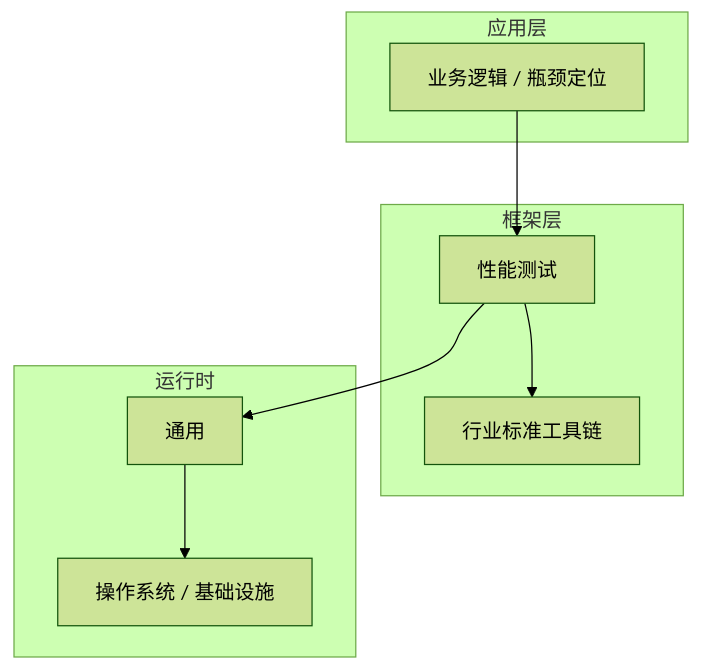
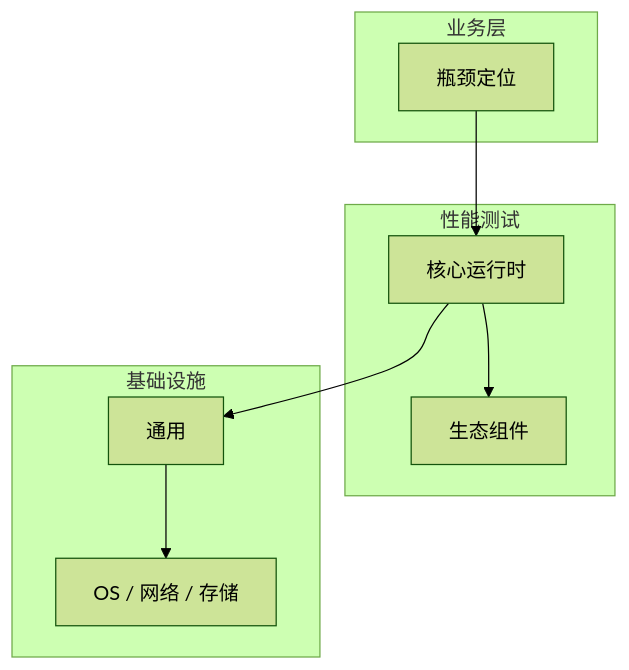
The diagram in articles/性能测试/chapters/069-瓶颈定位核心概念与原理.md (yanggan2015/knowledge-json-v2), drawn with Mermaid (forest theme) before and after one commit. The commit also changed other lines of this file and 10127 other files, not shown here.

````diff
--- a/articles/性能测试/chapters/069-瓶颈定位核心概念与原理.md
+++ b/articles/性能测试/chapters/069-瓶颈定位核心概念与原理.md
@@ -45,18 +34,18 @@
 ```mermaid
 graph TB
-    subgraph 应用层
-        A[业务逻辑 / 瓶颈定位]
+    subgraph 业务层
+        A[瓶颈定位]
     end
-    subgraph 框架层
-        B[性能测试]
-        C[行业标准工具链]
+    subgraph 性能测试
+        B[核心运行时]
+        C[生态组件]
     end
-    subgraph 运行时
+    subgraph 基础设施
         D[通用]
-        E[操作系统 / 基础设施]
+        E[OS / 网络 / 存储]
     end
     A --> B
     B --> C
     B --> D
     D --> E
 ```
````
